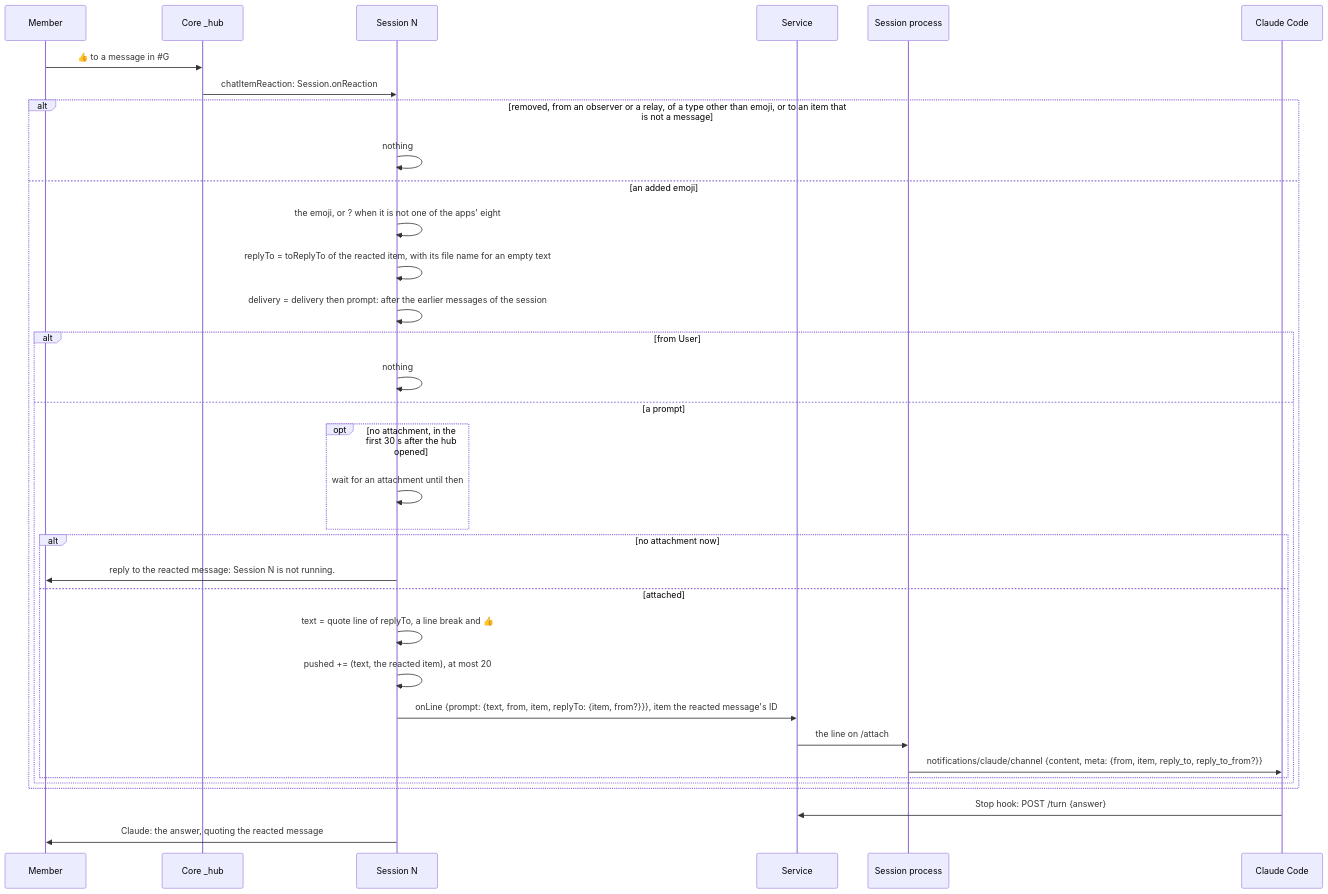
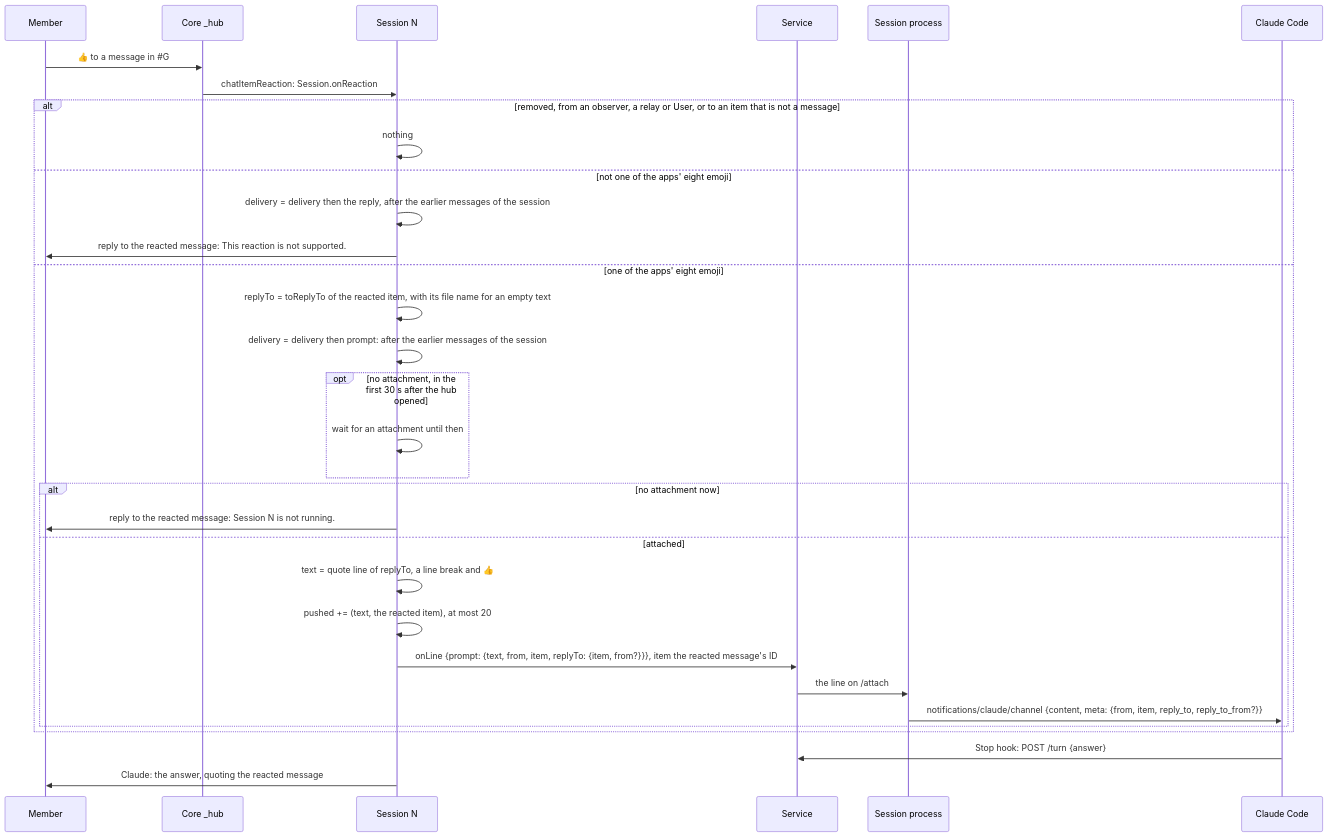
Diagram 32 of 32 in packages/simplex-chat-mcp/spec/flows.md (simplex-chat/simplex-chat), drawn with Mermaid before and after one commit. The commit also changed other lines of this file and 10 other files, not shown here.

Commit message:
mcp: only known reactions reach Claude, others get a reply

````diff
--- a/packages/simplex-chat-mcp/spec/flows.md
+++ b/packages/simplex-chat-mcp/spec/flows.md
@@ -1453,36 +1453,34 @@
 ```mermaid
 sequenceDiagram
   participant O as Member
   participant C as Core _hub
   participant N as Session N
   participant D as Service
   participant S as Session process
   participant CC as Claude Code
   O->>C: 👍 to a message in #35;G
   C->>N: chatItemReaction: Session.onReaction
-  alt removed, from an observer or a relay, of a type other than emoji, or to an item that is not a message
+  alt removed, from an observer, a relay or User, or to an item that is not a message
     N->>N: nothing
-  else an added emoji
-    N->>N: the emoji, or ? when it is not one of the apps' eight
+  else not one of the apps' eight emoji
+    N->>N: delivery = delivery then the reply, after the earlier messages of the session
+    N->>O: reply to the reacted message: This reaction is not supported.
+  else one of the apps' eight emoji
     N->>N: replyTo = toReplyTo of the reacted item, with its file name for an empty text
     N->>N: delivery = delivery then prompt: after the earlier messages of the session
-    alt from User
-      N->>N: nothing
-    else a prompt
-      opt no attachment, in the first 30 s after the hub opened
-        N->>N: wait for an attachment until then
-      end
-      alt no attachment now
-        N->>O: reply to the reacted message: Session N is not running.
-      else attached
-        N->>N: text = quote line of replyTo, a line break and 👍
-        N->>N: pushed += (text, the reacted item), at most 20
-        N->>D: onLine {prompt: {text, from, item, replyTo: {item, from?}}}, item the reacted message's ID
-        D->>S: the line on /attach
-        S->>CC: notifications/claude/channel {content, meta: {from, item, reply_to, reply_to_from?}}
-      end
+    opt no attachment, in the first 30 s after the hub opened
+      N->>N: wait for an attachment until then
+    end
+    alt no attachment now
+      N->>O: reply to the reacted message: Session N is not running.
+    else attached
+      N->>N: text = quote line of replyTo, a line break and 👍
+      N->>N: pushed += (text, the reacted item), at most 20
+      N->>D: onLine {prompt: {text, from, item, replyTo: {item, from?}}}, item the reacted message's ID
+      D->>S: the line on /attach
+      S->>CC: notifications/claude/channel {content, meta: {from, item, reply_to, reply_to_from?}}
     end
   end
   CC->>D: Stop hook: POST /turn {answer}
   N->>O: Claude: the answer, quoting the reacted message
 ```
````
